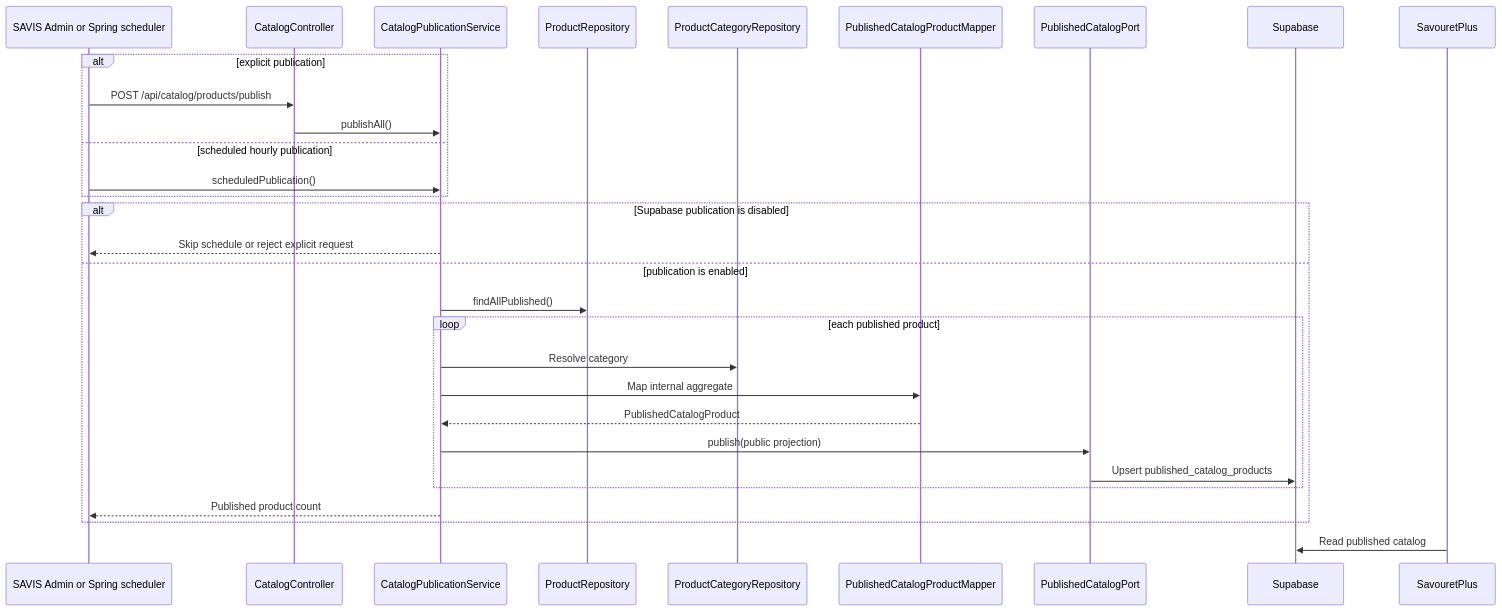
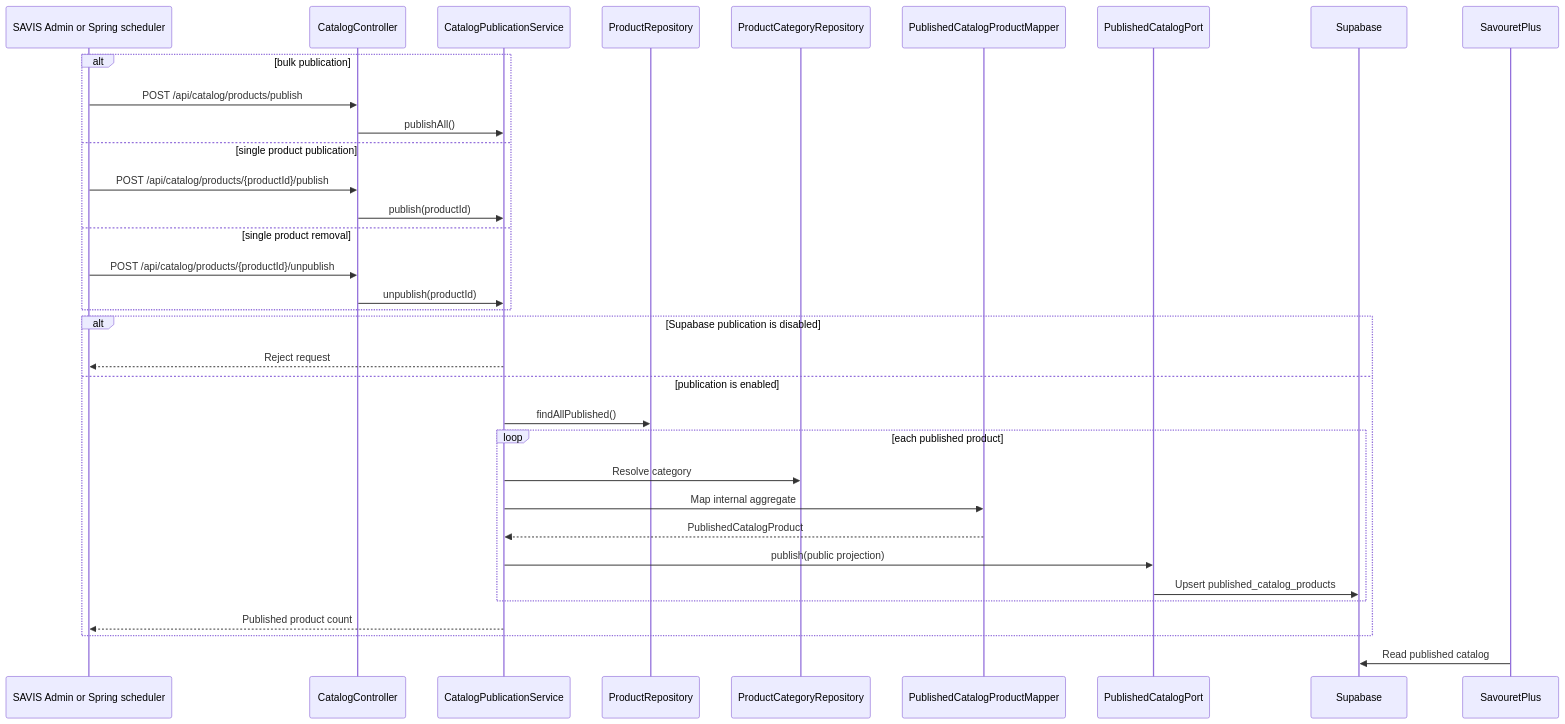
One commit to wiljeanlouis/savis changed diagram 15 of 17 in docs/ARCHITECTURE.md. Above: the diagram before and after it, drawn with Mermaid. The commit also changed other lines of this file and 38 other files, not shown here.

First line of the commit message:
fix: Refactor product publication process and remove legacy price fields (#69)

````diff
--- a/docs/ARCHITECTURE.md
+++ b/docs/ARCHITECTURE.md
@@ -759,35 +759,39 @@
 ```mermaid
 sequenceDiagram
   participant Trigger as SAVIS Admin or Spring scheduler
   participant Controller as CatalogController
   participant Publication as CatalogPublicationService
   participant Products as ProductRepository
   participant Categories as ProductCategoryRepository
   participant Mapper as PublishedCatalogProductMapper
   participant Port as PublishedCatalogPort
   participant Supabase as Supabase
   participant Storefront as SavouretPlus
 
-  alt explicit publication
+  alt bulk publication
     Trigger->>Controller: POST /api/catalog/products/publish
     Controller->>Publication: publishAll()
-  else scheduled hourly publication
-    Trigger->>Publication: scheduledPublication()
+  else single product publication
+    Trigger->>Controller: POST /api/catalog/products/{productId}/publish
+    Controller->>Publication: publish(productId)
+  else single product removal
+    Trigger->>Controller: POST /api/catalog/products/{productId}/unpublish
+    Controller->>Publication: unpublish(productId)
   end
 
   alt Supabase publication is disabled
-    Publication-->>Trigger: Skip schedule or reject explicit request
+    Publication-->>Trigger: Reject request
   else publication is enabled
     Publication->>Products: findAllPublished()
     loop each published product
       Publication->>Categories: Resolve category
       Publication->>Mapper: Map internal aggregate
       Mapper-->>Publication: PublishedCatalogProduct
       Publication->>Port: publish(public projection)
       Port->>Supabase: Upsert published_catalog_products
     end
     Publication-->>Trigger: Published product count
   end
 
   Storefront->>Supabase: Read published catalog
 ```
````
